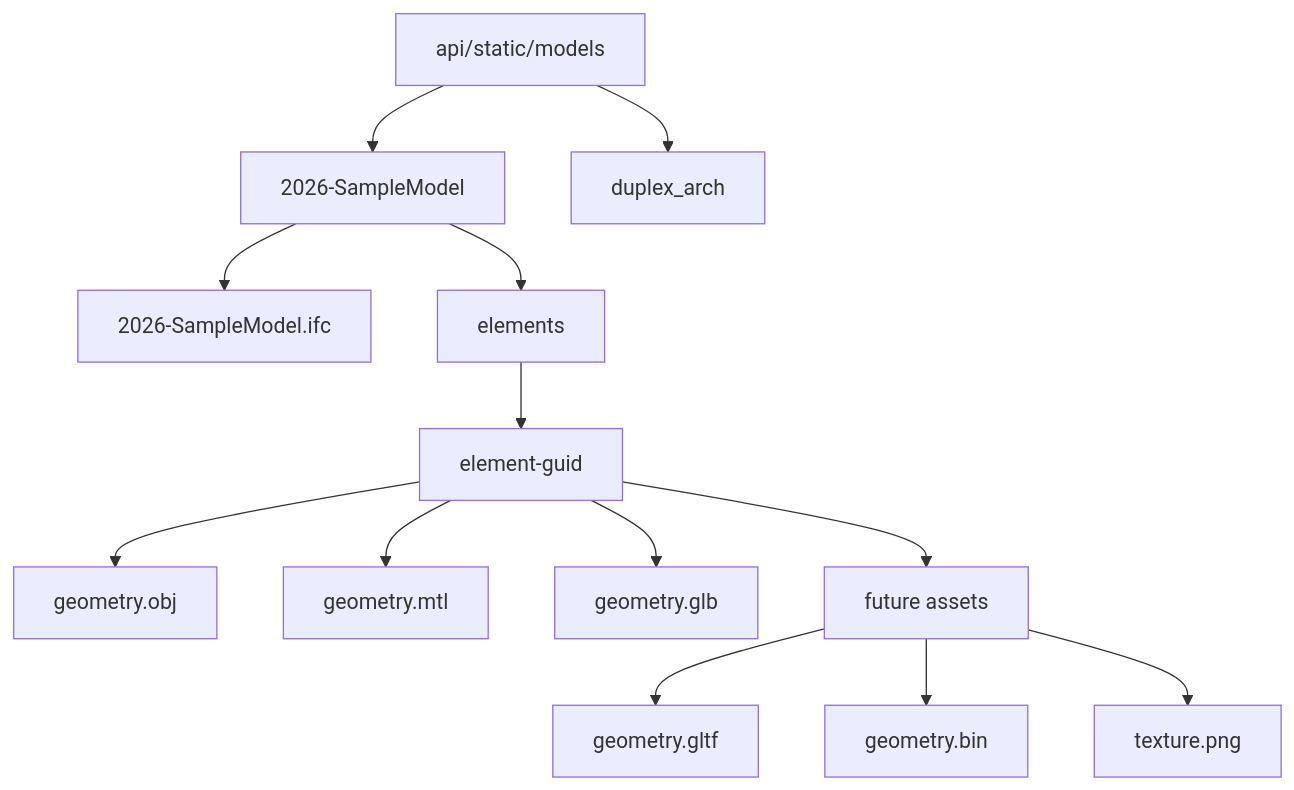
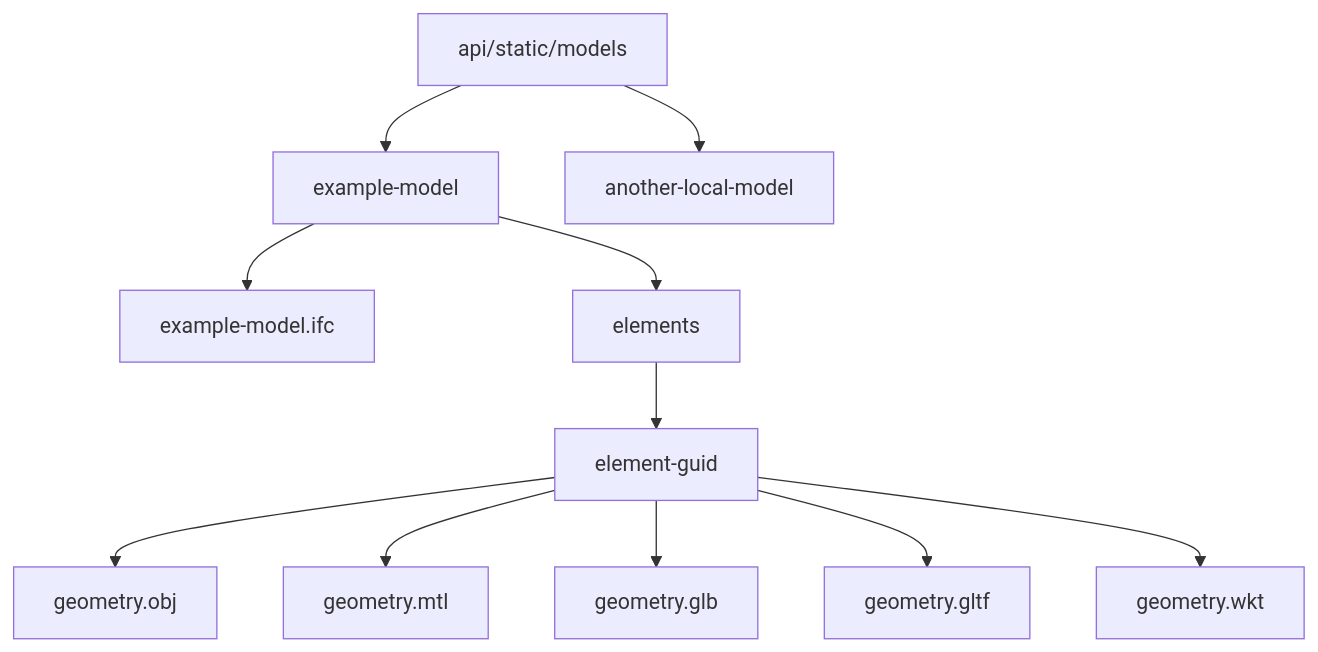
The fourth of 4 diagrams in docs/architecture.md (NepomukWolf/graphql-building-api), drawn with Mermaid before and after one commit. The commit also changed other lines of this file and 16 other files, not shown here.

````diff
--- a/docs/architecture.md
+++ b/docs/architecture.md
@@ -95,18 +95,15 @@
 ```mermaid
 flowchart TD
-    Root[api/static/models] --> ModelA[2026-SampleModel]
-    Root --> ModelB[duplex_arch]
+    Root[api/static/models] --> ModelA[example-model]
+    Root --> ModelB[another-local-model]
 
-    ModelA --> IfcA[2026-SampleModel.ifc]
+    ModelA --> IfcA[example-model.ifc]
     ModelA --> ElementsA[elements]
 
     ElementsA --> ElementFolder[element-guid]
     ElementFolder --> Obj[geometry.obj]
     ElementFolder --> Mtl[geometry.mtl]
     ElementFolder --> Glb[geometry.glb]
-    ElementFolder --> Future[future assets]
-
-    Future --> Gltf[geometry.gltf]
-    Future --> Bin[geometry.bin]
-    Future --> Texture[texture.png]
+    ElementFolder --> Gltf[geometry.gltf]
+    ElementFolder --> Wkt[geometry.wkt]
 ```
````
